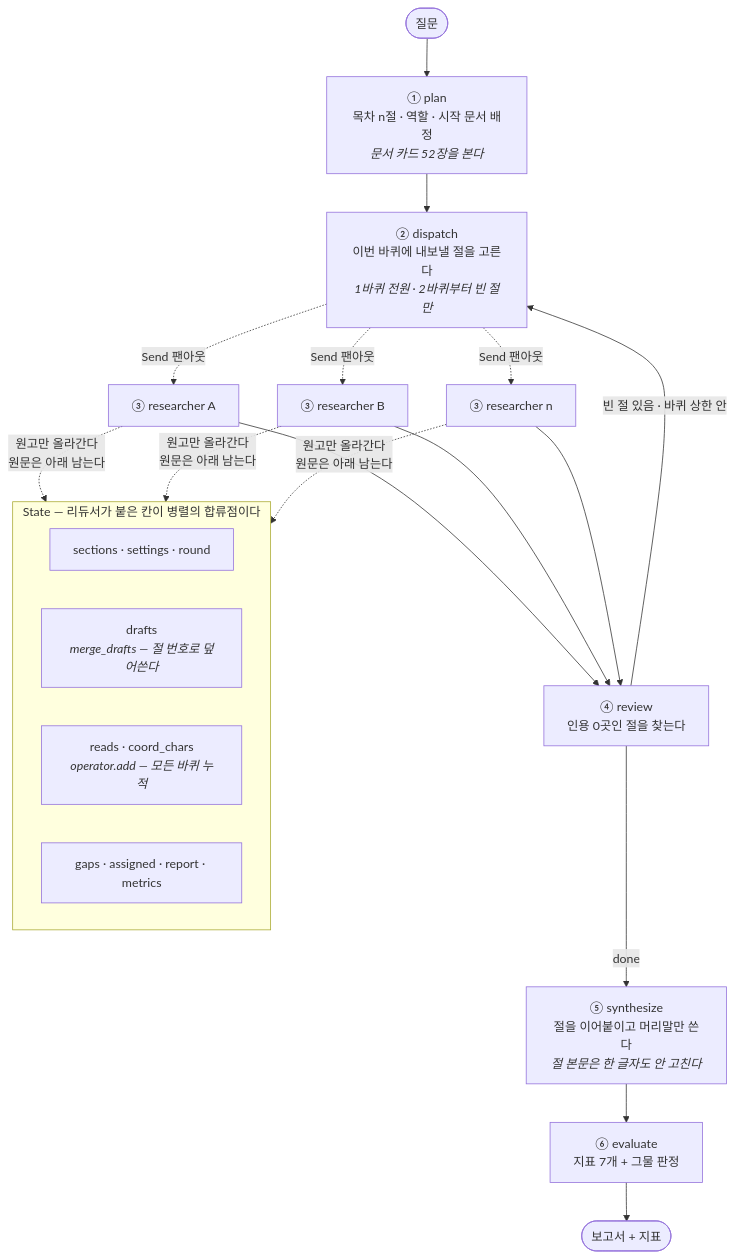
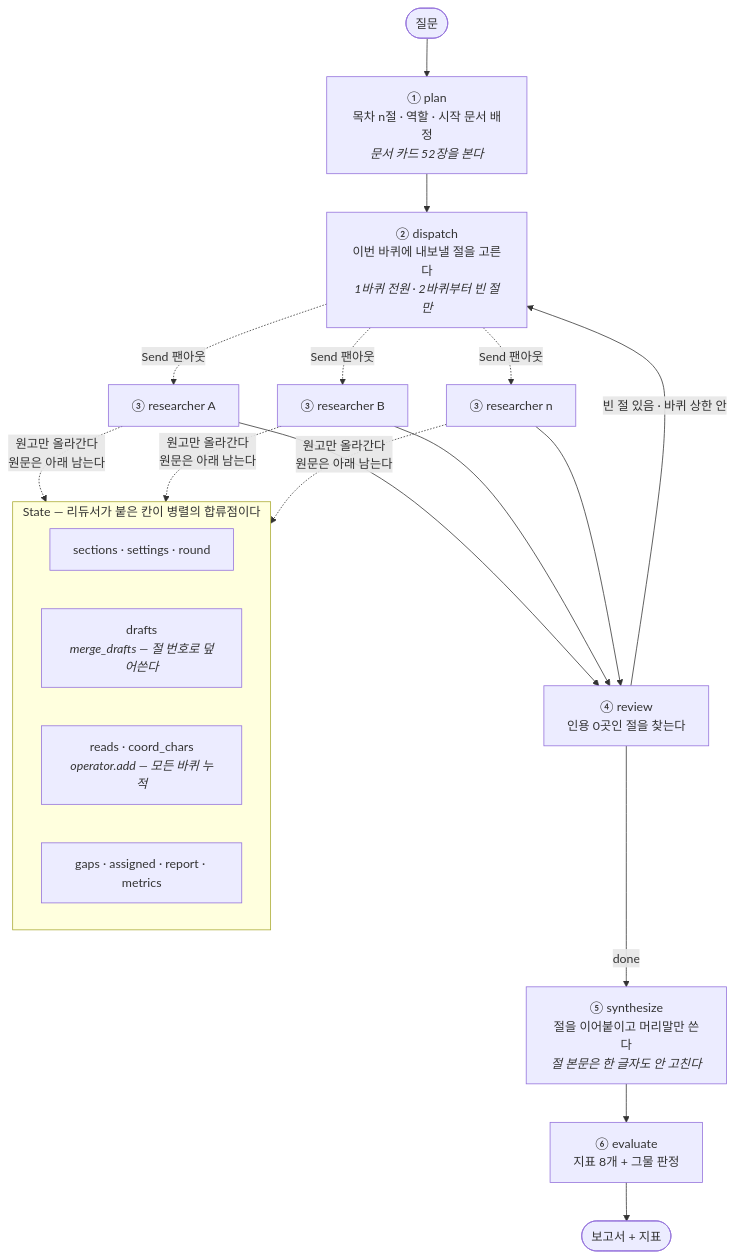
Before and after one commit to GojoSuperman/Deep-research-agent: the diagram in docs/그림/구조도.mmd, drawn with Mermaid. The commit also changed 5 other files, not shown here.

```diff
--- a/docs/그림/구조도.mmd
+++ b/docs/그림/구조도.mmd
@@ -1,28 +1,28 @@
 flowchart TD
     START([질문]) --> PLAN
 
     PLAN["① plan<br/>목차 n절 · 역할 · 시작 문서 배정<br/><i>문서 카드 52장을 본다</i>"]
     DISPATCH["② dispatch<br/>이번 바퀴에 내보낼 절을 고른다<br/><i>1바퀴 전원 · 2바퀴부터 빈 절만</i>"]
     R1["③ researcher A"]
     R2["③ researcher B"]
     RN["③ researcher n"]
     REVIEW["④ review<br/>인용 0곳인 절을 찾는다"]
     SYNTH["⑤ synthesize<br/>절을 이어붙이고 머리말만 쓴다<br/><i>절 본문은 한 글자도 안 고친다</i>"]
-    EVAL["⑥ evaluate<br/>지표 7개 + 그물 판정"]
+    EVAL["⑥ evaluate<br/>지표 8개 + 그물 판정"]
 
     PLAN --> DISPATCH
     DISPATCH -. "Send 팬아웃" .-> R1 & R2 & RN
     R1 & R2 & RN --> REVIEW
     REVIEW -- "빈 절 있음 · 바퀴 상한 안" --> DISPATCH
     REVIEW -- "done" --> SYNTH
     SYNTH --> EVAL --> FIN([보고서 + 지표])
 
     subgraph ST["State — 리듀서가 붙은 칸이 병렬의 합류점이다"]
         direction LR
         S1["sections · settings · round"]
         S2["drafts<br/><i>merge_drafts — 절 번호로 덮어쓴다</i>"]
         S3["reads · coord_chars<br/><i>operator.add — 모든 바퀴 누적</i>"]
         S4["gaps · assigned · report · metrics"]
     end
 
     R1 & R2 & RN -. "원고만 올라간다<br/>원문은 아래 남는다" .-> S2
```
